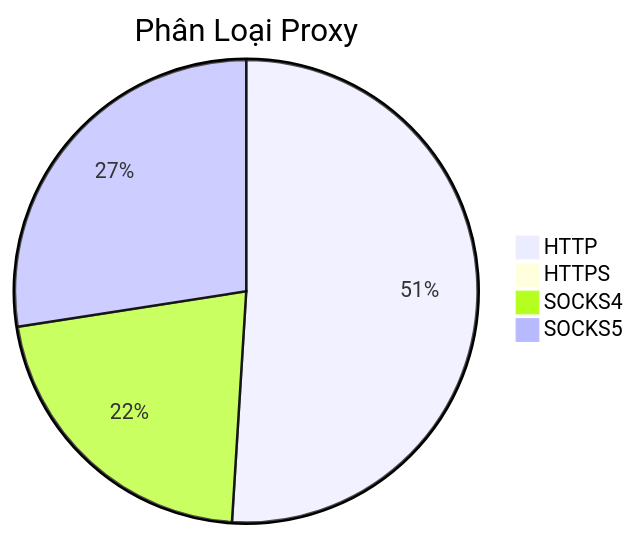
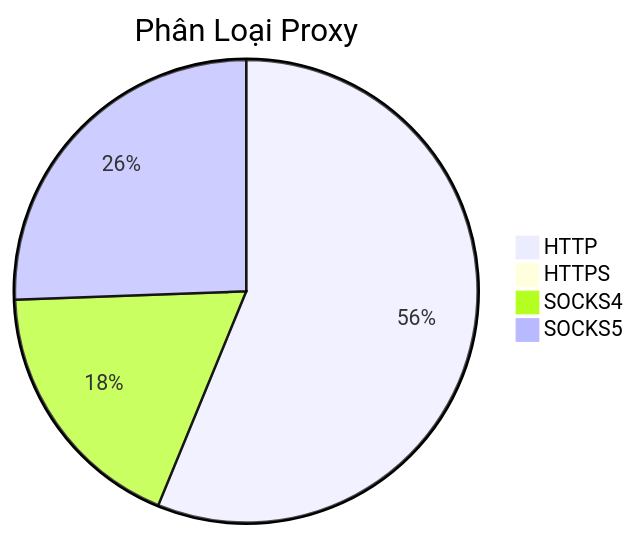
Before and after one commit to Ciara-12/PROXY-free: the diagram in README.md, drawn with Mermaid. The commit also changed other lines of this file and 3 other files, not shown here.

````diff
--- a/README.md
+++ b/README.md
@@ -26,7 +26,7 @@
 ```mermaid
 pie title Phân Loại Proxy
-    "HTTP" : 622
+    "HTTP" : 679
     "HTTPS" : 3
-    "SOCKS4" : 263
-    "SOCKS5" : 335
+    "SOCKS4" : 220
+    "SOCKS5" : 309
 ```
````
